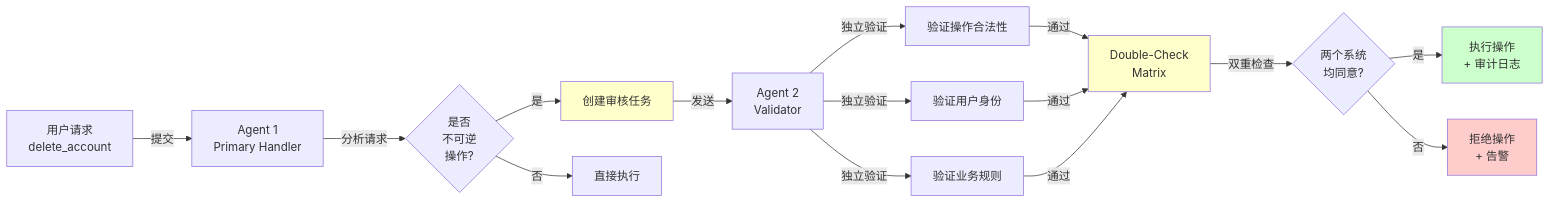
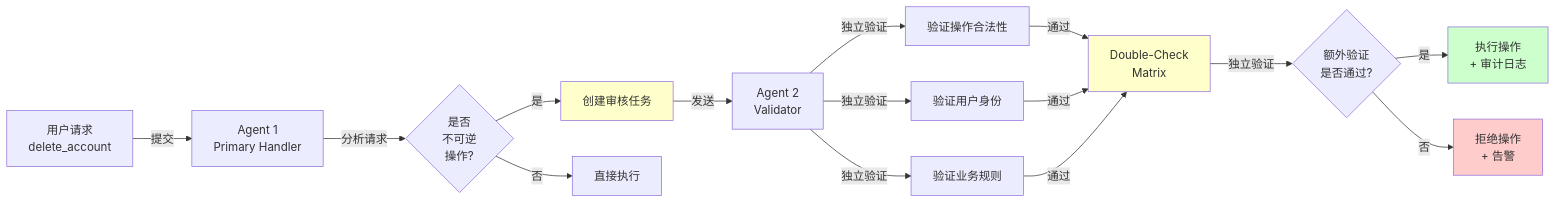
One commit to yeasy/ai_security_guide changed the third of 9 diagrams in 07_agent_rag_security/7.6_agents_rule_of_two.md. Above: the diagram before and after it, drawn with Mermaid. The commit also changed other lines of this file and 15 other files, not shown here.

````diff
--- a/07_agent_rag_security/7.6_agents_rule_of_two.md
+++ b/07_agent_rag_security/7.6_agents_rule_of_two.md
@@ -83,29 +89,29 @@
 ```mermaid
 graph LR
     A["用户请求<br/>delete_account"] -->|提交| B["Agent 1<br/>Primary Handler"]
 
     B -->|分析请求| C{"是否<br/>不可逆<br/>操作?"}
 
     C -->|是| D["创建审核任务"]
     C -->|否| E["直接执行"]
 
     D -->|发送| F["Agent 2<br/>Validator"]
 
     F -->|独立验证| F1["验证操作合法性"]
     F -->|独立验证| F2["验证用户身份"]
     F -->|独立验证| F3["验证业务规则"]
 
     F1 -->|通过| G["Double-Check<br/>Matrix"]
     F2 -->|通过| G
     F3 -->|通过| G
 
-    G -->|双重检查| H{"两个系统<br/>均同意?"}
+    G -->|独立验证| H{"额外验证<br/>是否通过?"}
 
     H -->|是| I["执行操作<br/>+ 审计日志"]
     H -->|否| J["拒绝操作<br/>+ 告警"]
 
     style D fill:#ffffcc
     style G fill:#ffffcc
     style I fill:#ccffcc
     style J fill:#ffcccc
 ```
````
